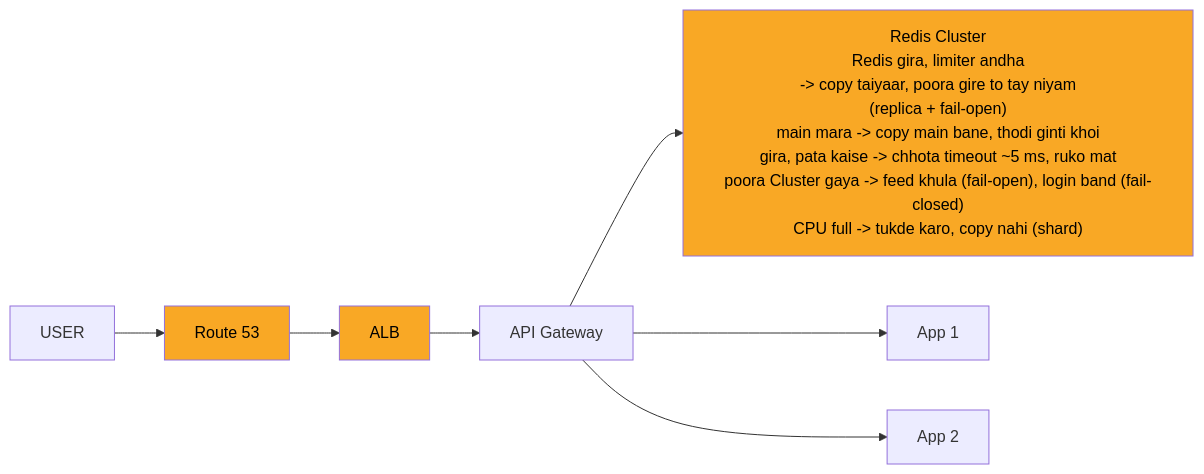
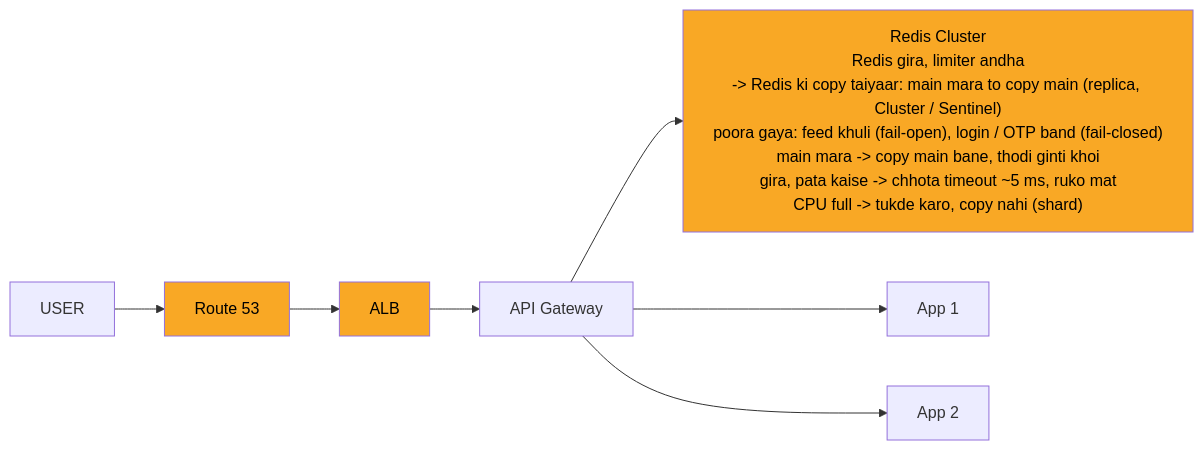
One commit to ArpanMaheshwari144/Prep changed the fifth of 11 diagrams in 04_HLD/SYSTEM_DESIGNS/02_rate_limiter/02_rate_limiter.md. Above: the diagram before and after it, drawn with Mermaid. The commit also changed other lines of this file and 13 other files, not shown here.

````diff
--- a/04_HLD/SYSTEM_DESIGNS/02_rate_limiter/02_rate_limiter.md
+++ b/04_HLD/SYSTEM_DESIGNS/02_rate_limiter/02_rate_limiter.md
@@ -218,20 +221,20 @@
 ```mermaid
 %%{init: {"flowchart": {"wrappingWidth": 450}}}%%
 flowchart LR
     n_USER["USER"]
     n_Route_53["Route 53"]
     n_ALB["ALB"]
     n_API_Gateway["API Gateway"]
-    n_Redis_Cluster["Redis Cluster<br/>Redis gira, limiter andha<br/>-> copy taiyaar, poora gire to tay niyam<br/>(replica + fail-open)<br/>main mara -> copy main bane, thodi ginti khoi<br/>gira, pata kaise -> chhota timeout ~5 ms, ruko mat<br/>poora Cluster gaya -> feed khula (fail-open), login band (fail-closed)<br/>CPU full -> tukde karo, copy nahi (shard)"]
+    n_Redis_Cluster["Redis Cluster<br/>Redis gira, limiter andha<br/>-> Redis ki copy taiyaar: main mara to copy main (replica, Cluster / Sentinel)<br/>poora gaya: feed khuli (fail-open), login / OTP band (fail-closed)<br/>main mara -> copy main bane, thodi ginti khoi<br/>gira, pata kaise -> chhota timeout ~5 ms, ruko mat<br/>CPU full -> tukde karo, copy nahi (shard)"]
     n_App_x_N_1["App 1"]
     n_App_x_N_2["App 2"]
     n_USER --> n_Route_53
     n_Route_53 --> n_ALB
     n_ALB --> n_API_Gateway
     n_API_Gateway --> n_Redis_Cluster
     n_API_Gateway --> n_App_x_N_1
     n_API_Gateway --> n_App_x_N_2
     style n_Redis_Cluster fill:#f9a825,color:#000
     style n_Route_53 fill:#f9a825,color:#000
     style n_ALB fill:#f9a825,color:#000
 ```
````
